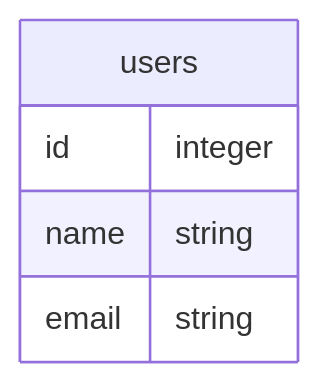
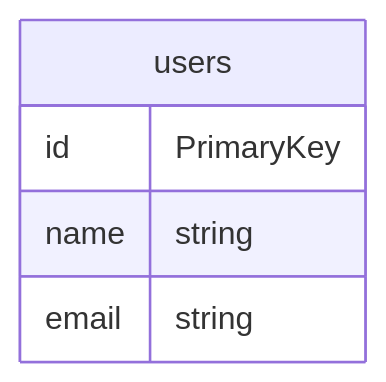
Before and after one commit to takesoo/mermaid: the diagram in er.md, drawn with Mermaid.

````diff
--- a/er.md
+++ b/er.md
@@ -1,8 +1,8 @@
 ```mermaid
 erDiagram
 users {
-  id integer
+  id PrimaryKey
   name string
   email string
 }
 ```
````
